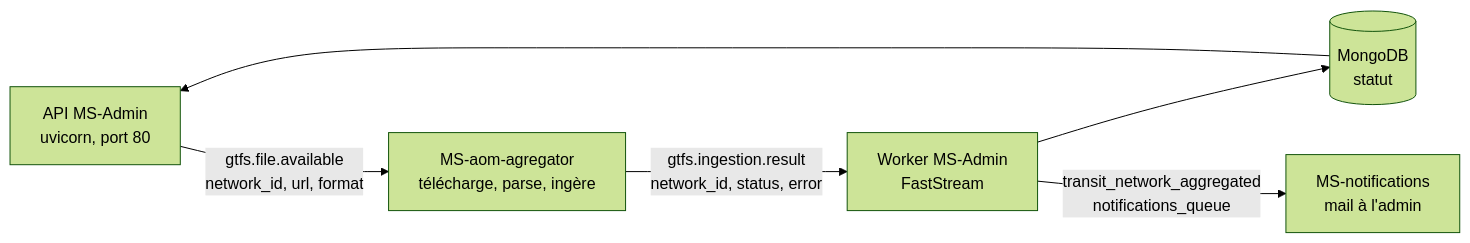
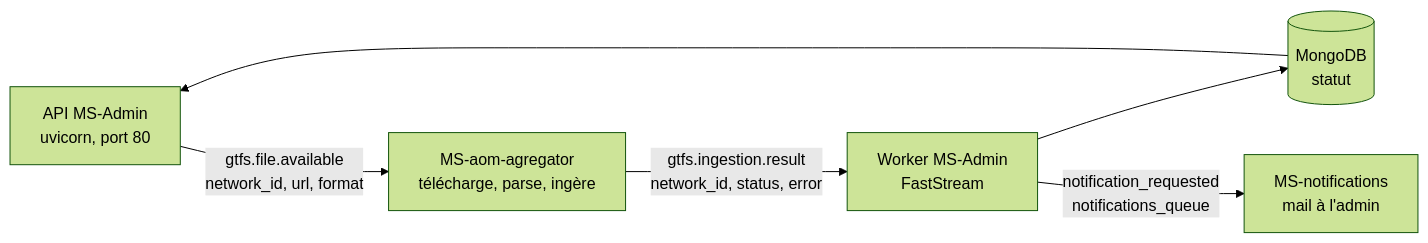
Before and after one commit to HubertApp/MS-Admin: the diagram in README.md, drawn with Mermaid (forest theme). The commit also changed other lines of this file and 4 other files, not shown here.

Commit message:
refactor: rédaction du mail d'agrégation dans MS-Admin

````diff
--- a/README.md
+++ b/README.md
@@ -28,13 +28,13 @@
 ```mermaid
 flowchart LR
     API["API MS-Admin<br/>uvicorn, port 80"]
     AGG["MS-aom-agregator<br/>télécharge, parse, ingère"]
     WRK["Worker MS-Admin<br/>FastStream"]
     DB[("MongoDB<br/>statut")]
 
     API -- "gtfs.file.available<br/>network_id, url, format" --> AGG
     AGG -- "gtfs.ingestion.result<br/>network_id, status, error" --> WRK
     WRK --> DB
     DB --> API
-    WRK -- "transit_network_aggregated<br/>notifications_queue" --> NOTIF["MS-notifications<br/>mail à l'admin"]
+    WRK -- "notification_requested<br/>notifications_queue" --> NOTIF["MS-notifications<br/>mail à l'admin"]
 ```
````
